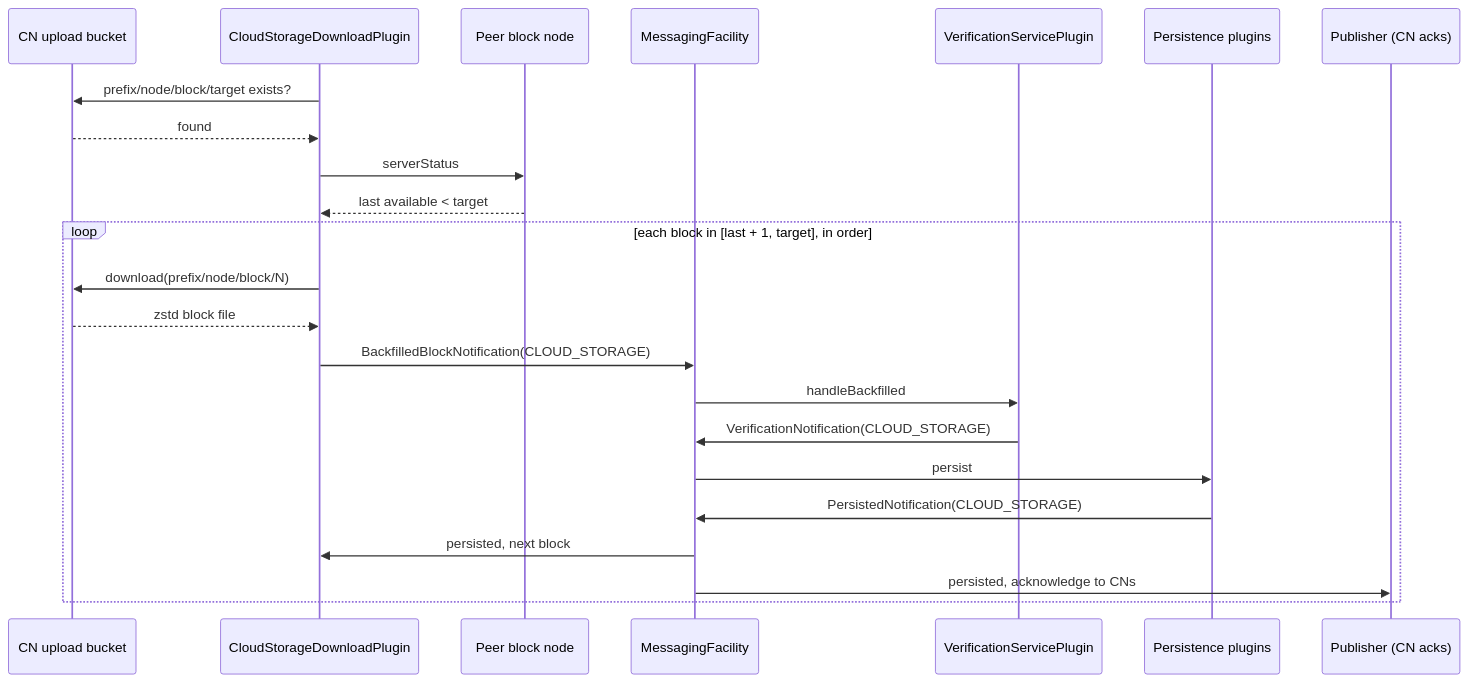
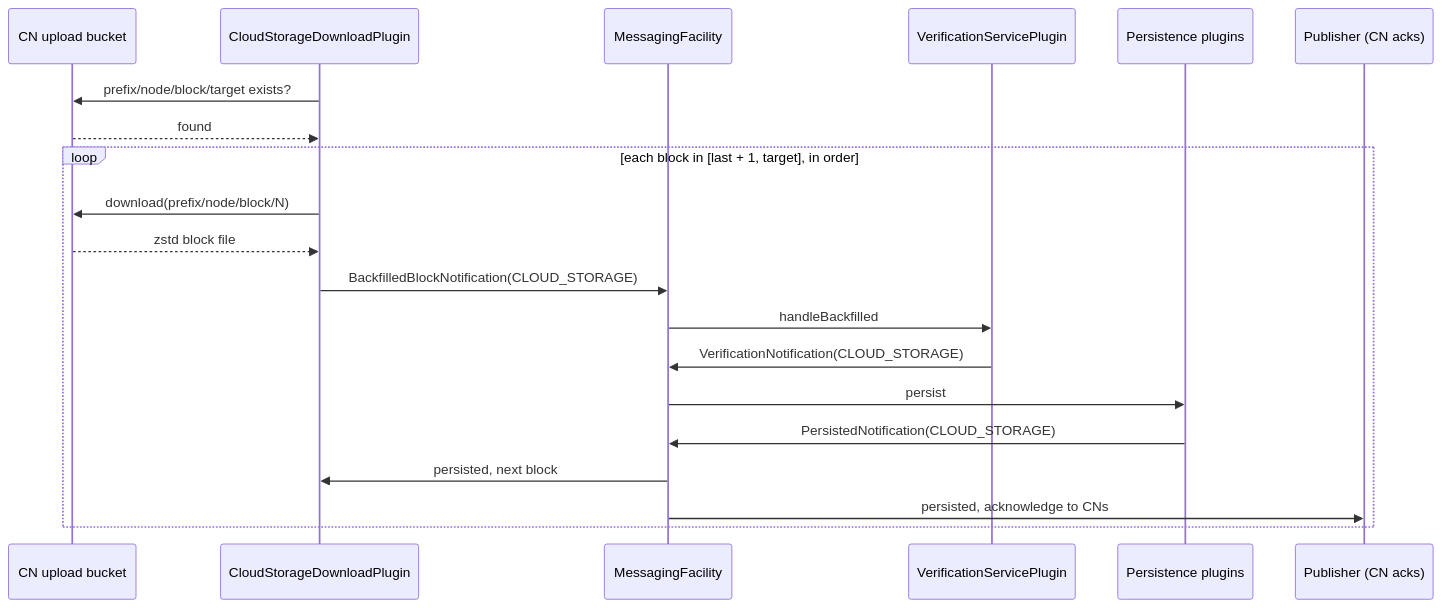
The second of 2 diagrams in docs/design/persistence/cloud-storage-download.md (hiero-ledger/hiero-block-node), drawn with Mermaid before and after one commit. The commit also changed other lines of this file, not shown here.

Commit message:
Drop peer check, idle on unbuildable client

````diff
--- a/docs/design/persistence/cloud-storage-download.md
+++ b/docs/design/persistence/cloud-storage-download.md
@@ -400,26 +367,23 @@
 ```mermaid
 sequenceDiagram
     participant Bucket as CN upload bucket
     participant CSDP as CloudStorageDownloadPlugin
-    participant Peer as Peer block node
     participant MF as MessagingFacility
     participant Ver as VerificationServicePlugin
     participant Store as Persistence plugins
     participant Pub as Publisher (CN acks)
 
     CSDP->>Bucket: prefix/node/block/target exists?
     Bucket-->>CSDP: found
-    CSDP->>Peer: serverStatus
-    Peer-->>CSDP: last available < target
     loop each block in [last + 1, target], in order
         CSDP->>Bucket: download(prefix/node/block/N)
         Bucket-->>CSDP: zstd block file
         CSDP->>MF: BackfilledBlockNotification(CLOUD_STORAGE)
         MF->>Ver: handleBackfilled
         Ver->>MF: VerificationNotification(CLOUD_STORAGE)
         MF->>Store: persist
         Store->>MF: PersistedNotification(CLOUD_STORAGE)
         MF->>CSDP: persisted, next block
         MF->>Pub: persisted, acknowledge to CNs
     end
 ```
````
